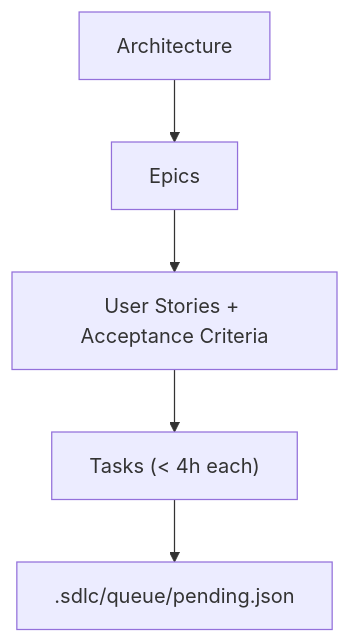
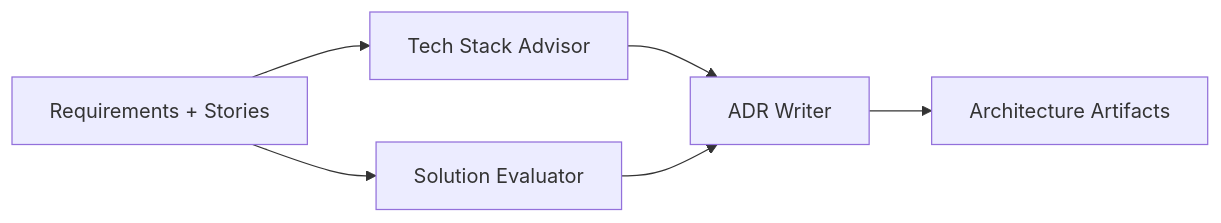
Before and after one commit to bitbitcodes/autonomous-sdlc: the fourth of 8 diagrams in docs/phases.md, drawn with Mermaid. The commit also changed other lines of this file and 66 other files, not shown here.

````diff
--- a/docs/phases.md
+++ b/docs/phases.md
@@ -109,7 +109,7 @@
 ```mermaid
-flowchart TD
-    ARCH[Architecture] --> EPICS[Epics]
-    EPICS --> STORIES[User Stories + Acceptance Criteria]
-    STORIES --> TASKS["Tasks (< 4h each)"]
-    TASKS --> QUEUE[".sdlc/queue/pending.json"]
+flowchart LR
+    REQ[Requirements + Stories] --> TSA[Tech Stack Advisor]
+    REQ --> SE[Solution Evaluator]
+    TSA & SE --> AW[ADR Writer]
+    AW --> OUT[Architecture Artifacts]
 ```
````
